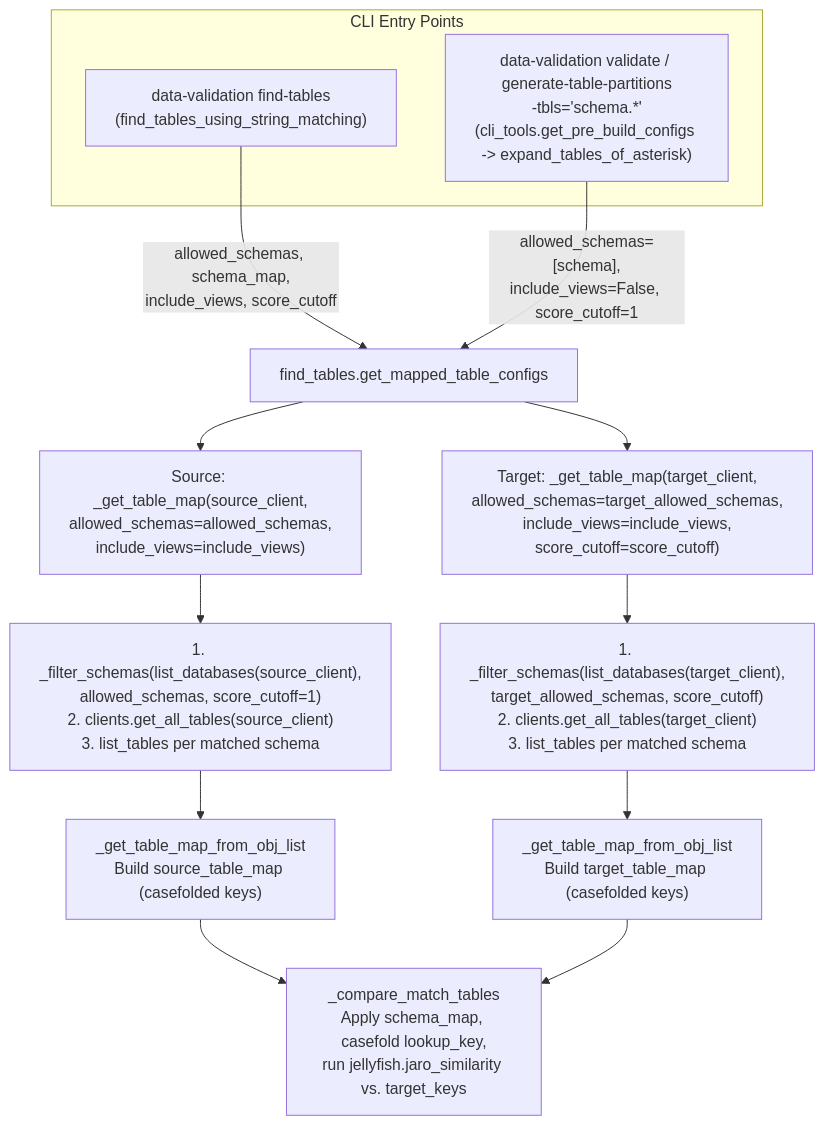
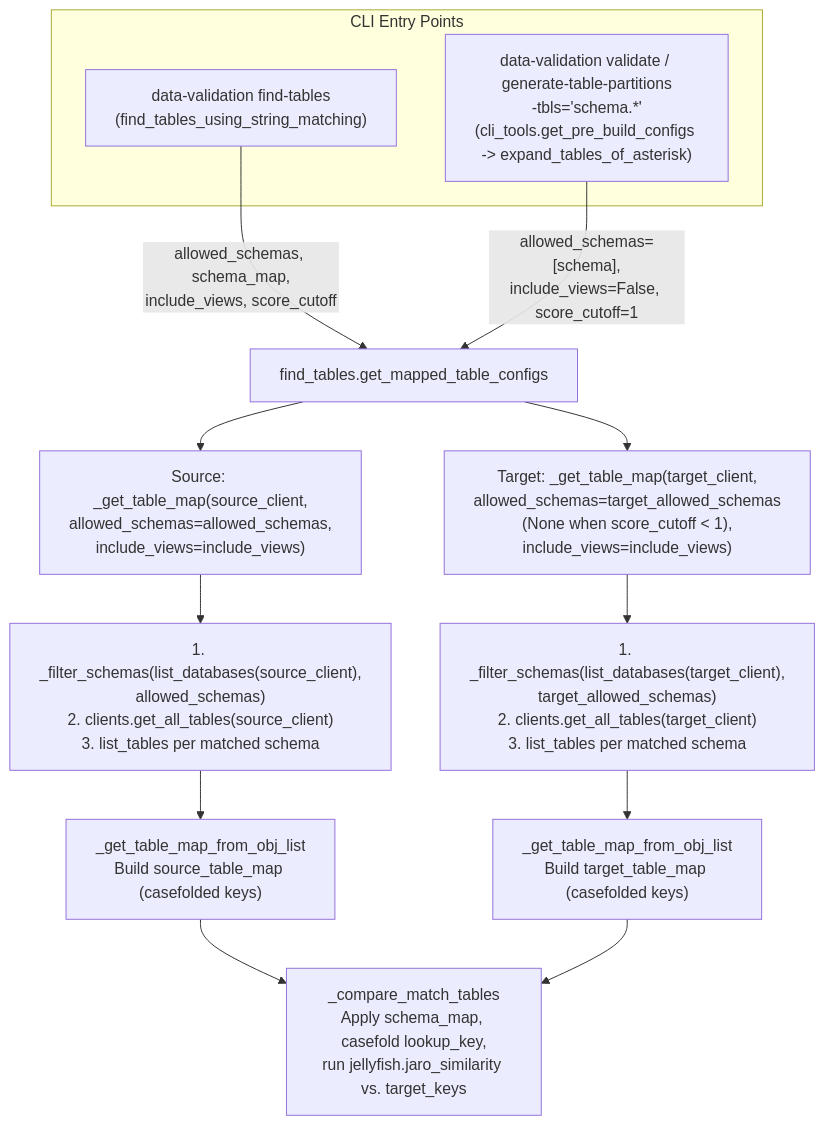
The diagram in docs/internal/design_docs/find_tables.md (GoogleCloudPlatform/professional-services-data-validator), drawn with Mermaid before and after one commit. The commit also changed other lines of this file and 2 other files, not shown here.

Commit message:
perf: When using find-tables apply allowed_schemas to the target Client too

````diff
--- a/docs/internal/design_docs/find_tables.md
+++ b/docs/internal/design_docs/find_tables.md
@@ -30,22 +30,22 @@
 ```mermaid
 flowchart TD
     subgraph CLI ["CLI Entry Points"]
         A1["data-validation find-tables<br/>(find_tables_using_string_matching)"]
         A2["data-validation validate / generate-table-partitions<br/>-tbls='schema.*'<br/>(cli_tools.get_pre_build_configs -> expand_tables_of_asterisk)"]
     end
 
     A1 -->|"allowed_schemas, schema_map,<br/>include_views, score_cutoff"| B["find_tables.get_mapped_table_configs"]
     A2 -->|"allowed_schemas=[schema],<br/>include_views=False, score_cutoff=1"| B
 
     B --> C1["Source: _get_table_map(source_client,<br/>allowed_schemas=allowed_schemas,<br/>include_views=include_views)"]
-    B --> C2["Target: _get_table_map(target_client,<br/>allowed_schemas=target_allowed_schemas,<br/>include_views=include_views,<br/>score_cutoff=score_cutoff)"]
+    B --> C2["Target: _get_table_map(target_client,<br/>allowed_schemas=target_allowed_schemas<br/>(None when score_cutoff < 1),<br/>include_views=include_views)"]
 
-    C1 --> D1["1. _filter_schemas(list_databases(source_client),<br/>allowed_schemas, score_cutoff=1)<br/>2. clients.get_all_tables(source_client)<br/>3. list_tables per matched schema"]
-    C2 --> D2["1. _filter_schemas(list_databases(target_client),<br/>target_allowed_schemas, score_cutoff)<br/>2. clients.get_all_tables(target_client)<br/>3. list_tables per matched schema"]
+    C1 --> D1["1. _filter_schemas(list_databases(source_client),<br/>allowed_schemas)<br/>2. clients.get_all_tables(source_client)<br/>3. list_tables per matched schema"]
+    C2 --> D2["1. _filter_schemas(list_databases(target_client),<br/>target_allowed_schemas)<br/>2. clients.get_all_tables(target_client)<br/>3. list_tables per matched schema"]
 
     D1 --> E1["_get_table_map_from_obj_list<br/>Build source_table_map (casefolded keys)"]
     D2 --> E2["_get_table_map_from_obj_list<br/>Build target_table_map (casefolded keys)"]
 
     E1 --> F["_compare_match_tables<br/>Apply schema_map, casefold lookup_key,<br/>run jellyfish.jaro_similarity vs. target_keys"]
     E2 --> F
 ```
````
